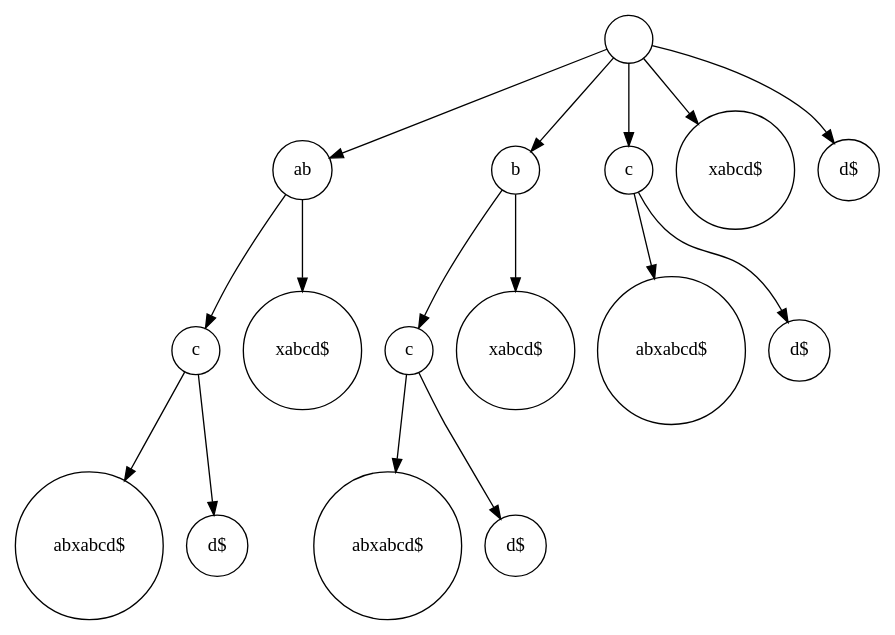
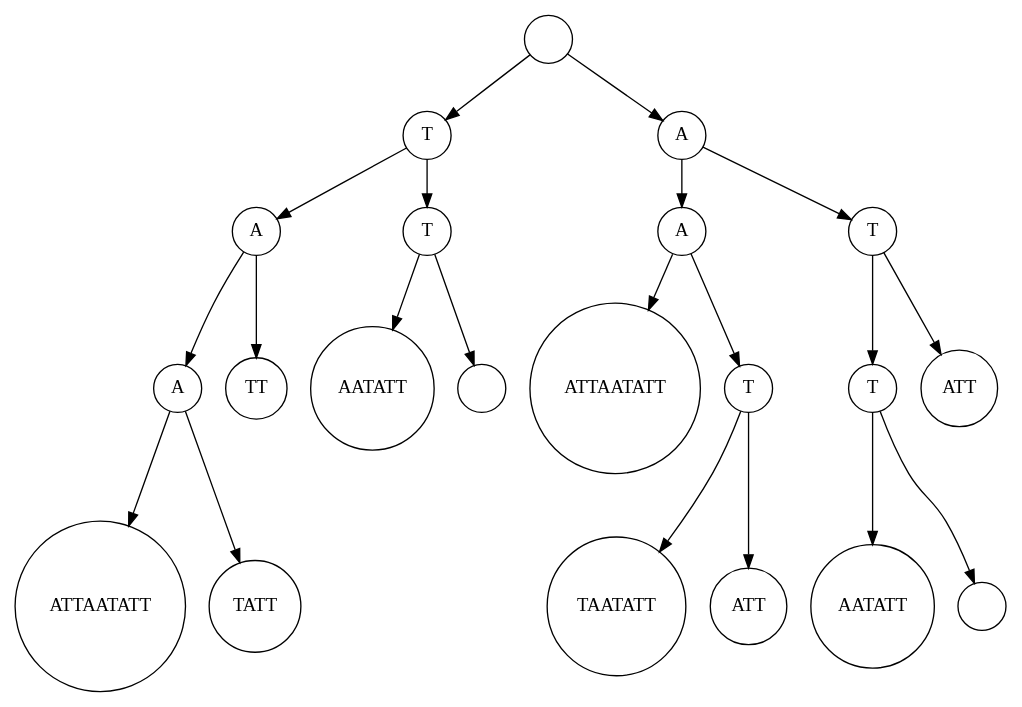
Before and after one commit to evertheylen/TA_TO: the diagram in Helix/end_0.dot, drawn with Graphviz. The commit also changed 12 other files, not shown here.

```diff
--- a/Helix/end_0.dot
+++ b/Helix/end_0.dot
@@ -1,39 +1,53 @@
 digraph suffix {
 	node [shape = circle];
 	0 [label= ""];
-	1 [label= "ab"];
+	1 [label= "T"];
 	0 -> 1;
-	1 [label= "ab"];
-	2 [label= "c"];
+	1 [label= "T"];
+	2 [label= "A"];
 	1 -> 2;
-	2 [label= "c"];
-	3 [label= "abxabcd$"];
+	2 [label= "A"];
+	3 [label= "A"];
 	2 -> 3;
-	4 [label= "d$"];
-	2 -> 4;
-	5 [label= "xabcd$"];
-	1 -> 5;
-	6 [label= "b"];
-	0 -> 6;
-	6 [label= "b"];
-	7 [label= "c"];
-	6 -> 7;
-	7 [label= "c"];
-	8 [label= "abxabcd$"];
+	3 [label= "A"];
+	4 [label= "ATTAATATT"];
+	3 -> 4;
+	5 [label= "TATT"];
+	3 -> 5;
+	6 [label= "TT"];
+	2 -> 6;
+	7 [label= "T"];
+	1 -> 7;
+	7 [label= "T"];
+	8 [label= "AATATT"];
 	7 -> 8;
-	9 [label= "d$"];
+	9 [label= ""];
 	7 -> 9;
-	10 [label= "xabcd$"];
-	6 -> 10;
-	11 [label= "c"];
-	0 -> 11;
-	11 [label= "c"];
-	12 [label= "abxabcd$"];
+	10 [label= "A"];
+	0 -> 10;
+	10 [label= "A"];
+	11 [label= "A"];
+	10 -> 11;
+	11 [label= "A"];
+	12 [label= "ATTAATATT"];
 	11 -> 12;
-	13 [label= "d$"];
+	13 [label= "T"];
 	11 -> 13;
-	14 [label= "xabcd$"];
-	0 -> 14;
-	15 [label= "d$"];
-	0 -> 15;
+	13 [label= "T"];
+	14 [label= "TAATATT"];
+	13 -> 14;
+	15 [label= "ATT"];
+	13 -> 15;
+	16 [label= "T"];
+	10 -> 16;
+	16 [label= "T"];
+	17 [label= "T"];
+	16 -> 17;
+	17 [label= "T"];
+	18 [label= "AATATT"];
+	17 -> 18;
+	19 [label= ""];
+	17 -> 19;
+	20 [label= "ATT"];
+	16 -> 20;
 }
```
